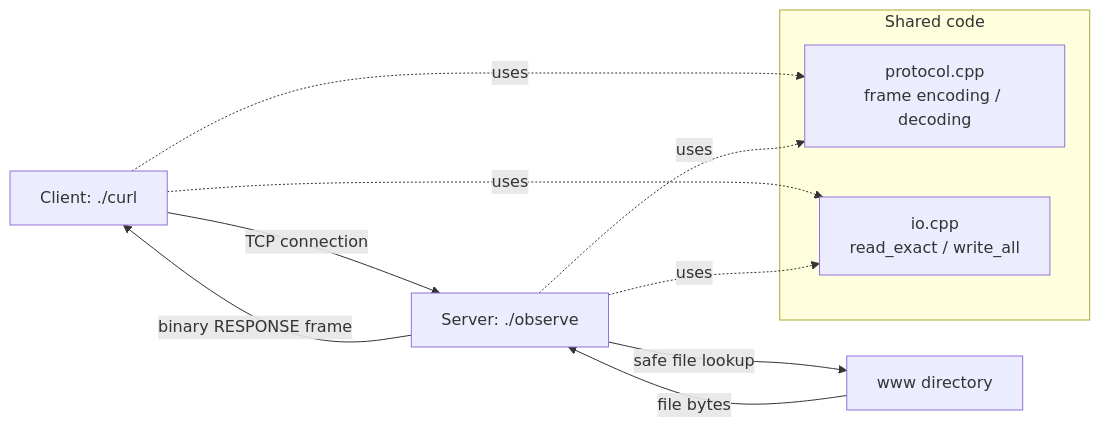
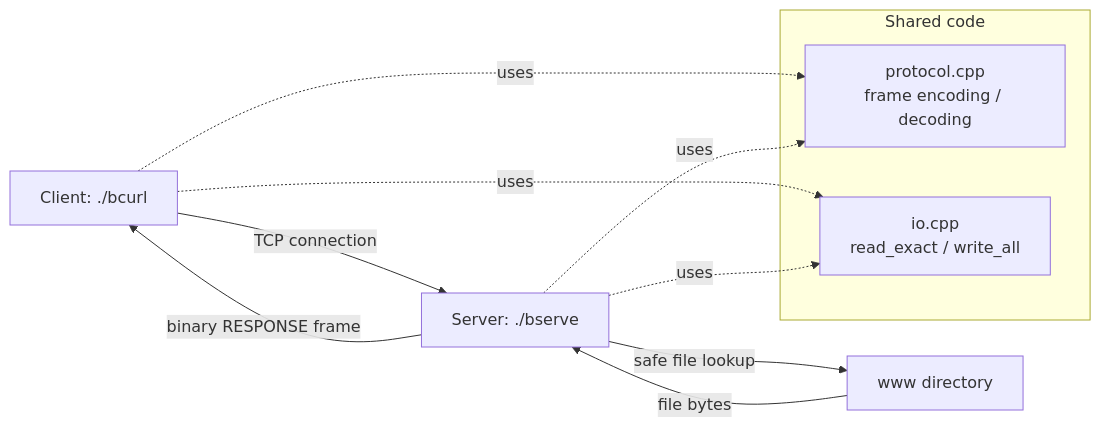
One commit to Avishkar74/Network_Architecture changed the first of 8 diagrams in Project/README.md. Above: the diagram before and after it, drawn with Mermaid. The commit also changed other lines of this file, not shown here.

First line of the commit message:
Rename client and server executables in README

````diff
--- a/Project/README.md
+++ b/Project/README.md
@@ -8,17 +8,17 @@
 ```mermaid
 flowchart LR
-    C[Client: ./curl] -->|TCP connection| S[Server: ./observe]
+    C[Client: ./bcurl] -->|TCP connection| S[Server: ./bserve]
     S -->|safe file lookup| W[www directory]
     W -->|file bytes| S
     S -->|binary RESPONSE frame| C
 
     subgraph Shared code
         P[protocol.cpp<br/>frame encoding / decoding]
         I[io.cpp<br/>read_exact / write_all]
     end
 
     C -. uses .-> P
     C -. uses .-> I
     S -. uses .-> P
     S -. uses .-> I
 ```
````
